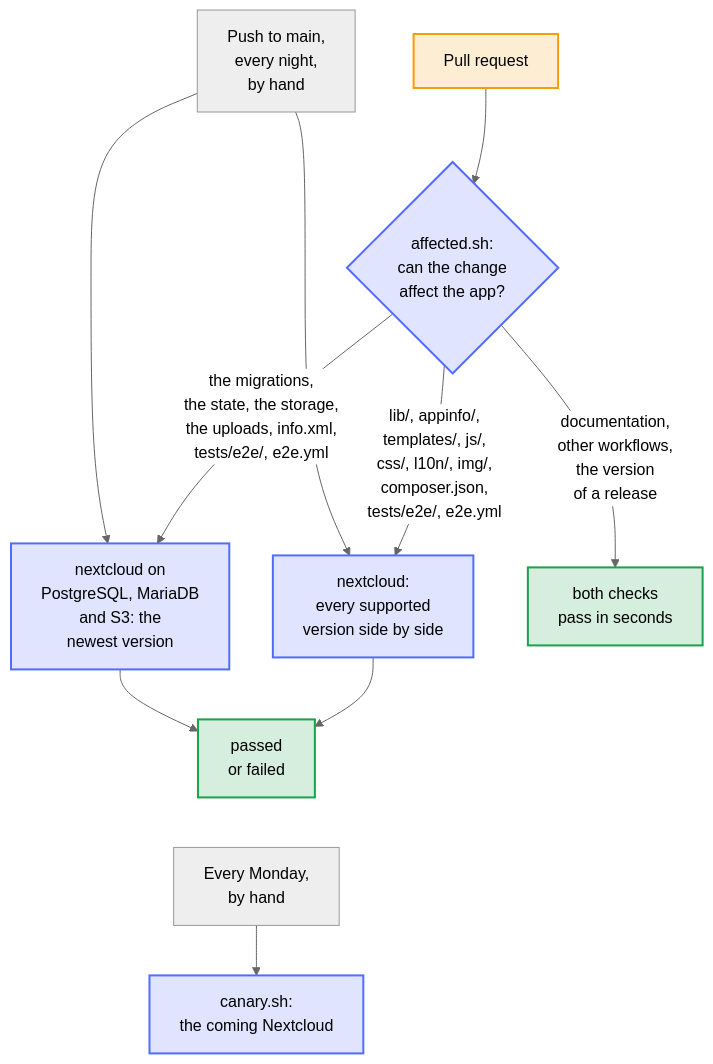
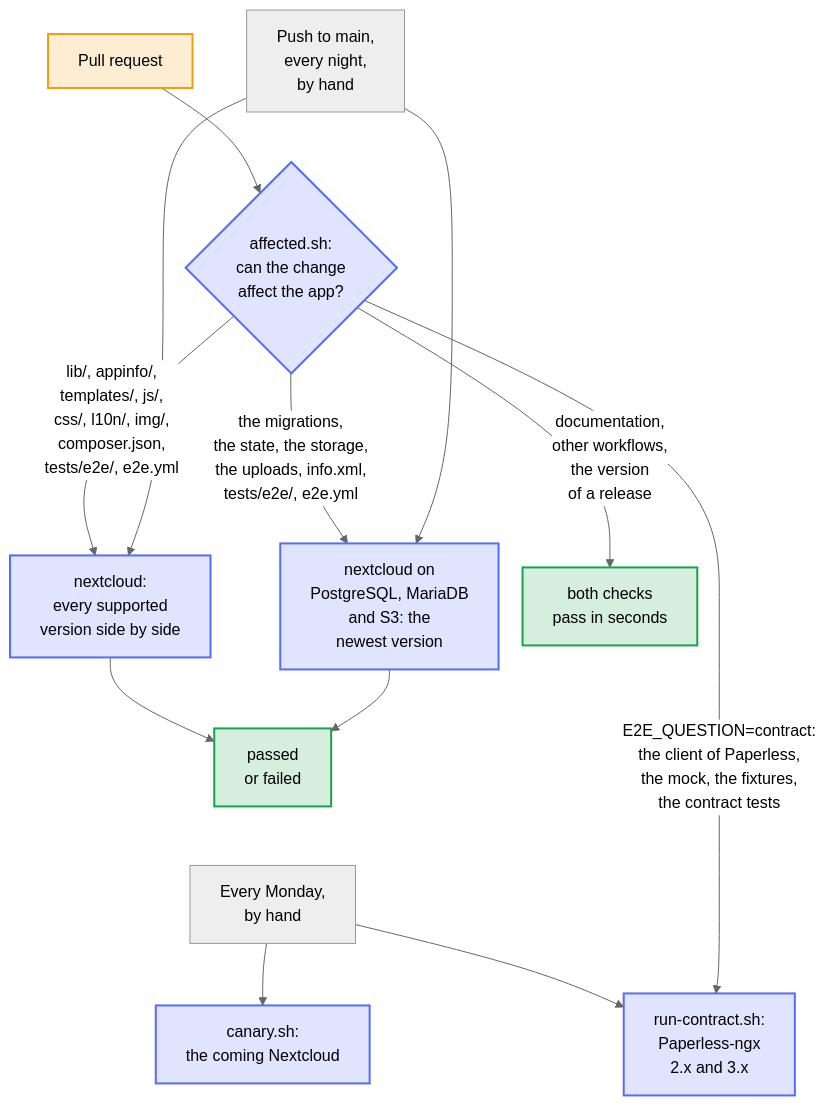
One commit to Dennis-Otto/paperless-sync changed the diagram in docs/diagrams/when-the-end-to-end-tests-run.mmd. Above: the diagram before and after it, drawn with Mermaid (neutral theme). The commit also changed 66 other files, not shown here.

First line of the commit message:
test: contract tests against real Paperless-ngx 2.20 and 3.x (#159)

```diff
--- a/docs/diagrams/when-the-end-to-end-tests-run.mmd
+++ b/docs/diagrams/when-the-end-to-end-tests-run.mmd
@@ -1,38 +1,41 @@
 ---
 config:
   flowchart:
     nodeSpacing: 24
 ---
 flowchart TB
     accTitle: When the end-to-end tests run
-    accDescr: A pull request runs the end-to-end tests only when it changes the app, its tests or their workflow; otherwise both required checks pass at once. The check nextcloud then runs every supported version, and the check nextcloud on PostgreSQL, MariaDB and S3 runs the newest version there when the change can behave differently on another database or storage, and passes at once otherwise. Every push to main and every night run both, and every Monday the canary runs the tests against the coming Nextcloud.
+    accDescr: A pull request runs the end-to-end tests only when it changes the app, its tests or their workflow; otherwise both required checks pass at once. The check nextcloud then runs every supported version, and the check nextcloud on PostgreSQL, MariaDB and S3 runs the newest version there when the change can behave differently on another database or storage, and passes at once otherwise. Every push to main and every night run both, and every Monday the canary runs the tests against the coming Nextcloud. The contract tests run the app against a real Paperless-ngx 2.x and 3.x every Monday, by hand, and in a pull request that changes how the app talks to Paperless.
 
     pr["Pull request"]
     main["Push to main,<br>every night,<br>by hand"]
     affected{"affected.sh:<br>can the change<br>affect the app?"}
     all["nextcloud:<br>every supported<br>version side by side"]
     variants["nextcloud on<br>PostgreSQL, MariaDB<br>and S3: the<br>newest version"]
     skipped["both checks<br>pass in seconds"]
     result["passed<br>or failed"]
     monday["Every Monday,<br>by hand"]
     canary["canary.sh:<br>the coming Nextcloud"]
+    contract["run-contract.sh:<br>Paperless-ngx<br>2.x and 3.x"]
 
     pr --> affected
     affected -- "lib/, appinfo/,<br>templates/, js/,<br>css/, l10n/, img/,<br>composer.json,<br>tests/e2e/, e2e.yml" --> all
     affected -- "the migrations,<br>the state, the storage,<br>the uploads, info.xml,<br>tests/e2e/, e2e.yml" --> variants
     affected -- "documentation,<br>other workflows,<br>the version<br>of a release" --> skipped
     main --> all
     main --> variants
     %% Invisible links keep the triggers in one row and the canary below the rest.
     main ~~~ affected
     all --> result
     variants --> result
     result ~~~ monday
     monday --> canary
+    monday --> contract
+    affected -- "E2E_QUESTION=contract:<br>the client of Paperless,<br>the mock, the fixtures,<br>the contract tests" --> contract
 
     classDef bot fill:#526cfe2e,stroke:#526cfe,stroke-width:2px
     classDef person fill:#f59e0b2e,stroke:#f59e0b,stroke-width:2px
     classDef done fill:#16a34a2e,stroke:#16a34a,stroke-width:2px
     class pr person
-    class affected,all,variants,canary bot
+    class affected,all,variants,canary,contract bot
     class skipped,result done
```
